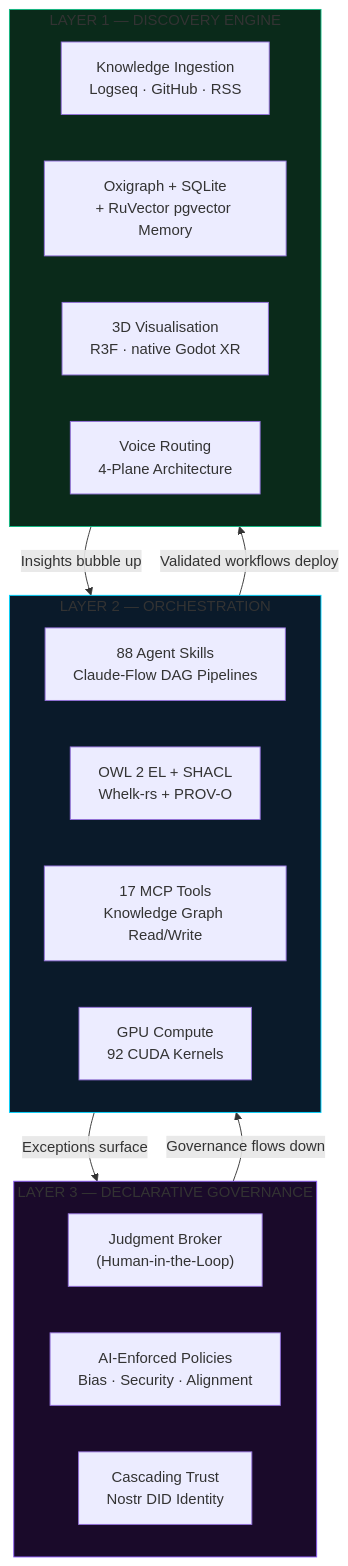
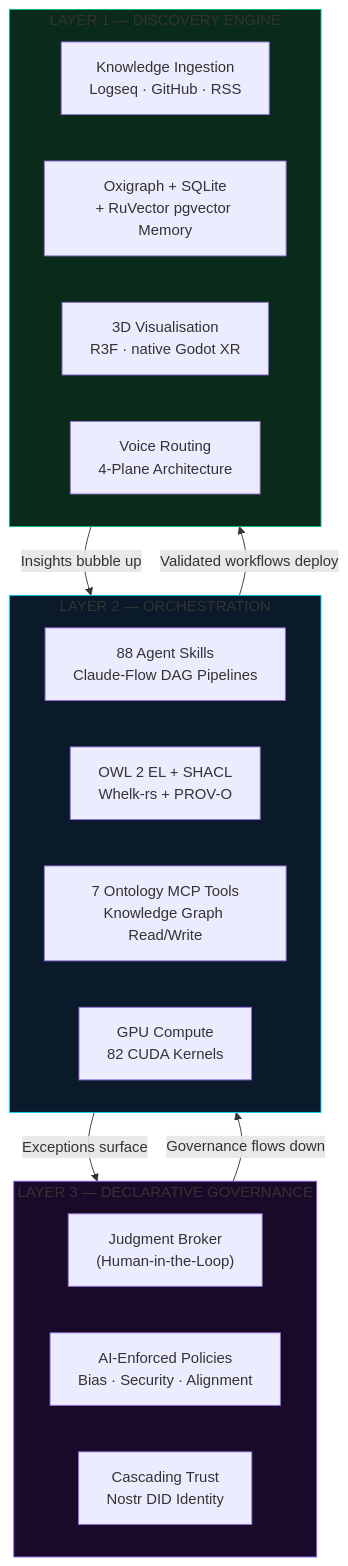
Before and after one commit to DreamLab-AI/AR-AI-Knowledge-Graph: the first of 4 diagrams in README.md, drawn with Mermaid. The commit also changed other lines of this file and 455 other files, not shown here.

````diff
--- a/README.md
+++ b/README.md
@@ -112,31 +112,31 @@
 ```mermaid
 flowchart TB
     subgraph Layer3["LAYER 3 — DECLARATIVE GOVERNANCE"]
         JB["Judgment Broker\n(Human-in-the-Loop)"]
         Policy["AI-Enforced Policies\nBias · Security · Alignment"]
         Trust["Cascading Trust\nNostr DID Identity"]
     end
 
     subgraph Layer2["LAYER 2 — ORCHESTRATION"]
         Skills["88 Agent Skills\nClaude-Flow DAG Pipelines"]
         Ontology["OWL 2 EL + SHACL\nWhelk-rs + PROV-O"]
-        MCP["17 MCP Tools\nKnowledge Graph Read/Write"]
-        GPU["GPU Compute\n92 CUDA Kernels"]
+        MCP["7 Ontology MCP Tools\nKnowledge Graph Read/Write"]
+        GPU["GPU Compute\n82 CUDA Kernels"]
     end
 
     subgraph Layer1["LAYER 1 — DISCOVERY ENGINE"]
         Ingest["Knowledge Ingestion\nLogseq · GitHub · RSS"]
         Graph["Oxigraph + SQLite\n+ RuVector pgvector Memory"]
         Viz["3D Visualisation\nR3F · native Godot XR"]
         Voice["Voice Routing\n4-Plane Architecture"]
     end
 
     Layer1 -->|"Insights bubble up"| Layer2
     Layer2 -->|"Exceptions surface"| Layer3
     Layer3 -->|"Governance flows down"| Layer2
     Layer2 -->|"Validated workflows deploy"| Layer1
 
     style Layer3 fill:#1A0A2A,stroke:#8B5CF6
     style Layer2 fill:#0A1A2A,stroke:#00D4FF
     style Layer1 fill:#0A2A1A,stroke:#10B981
 ```
````
